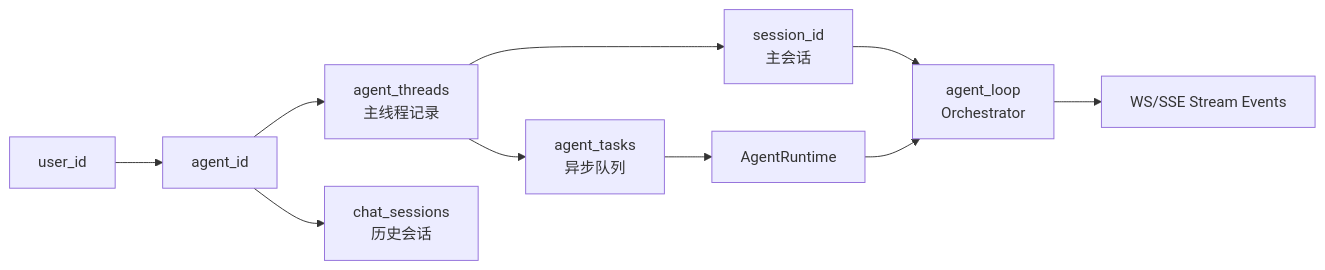
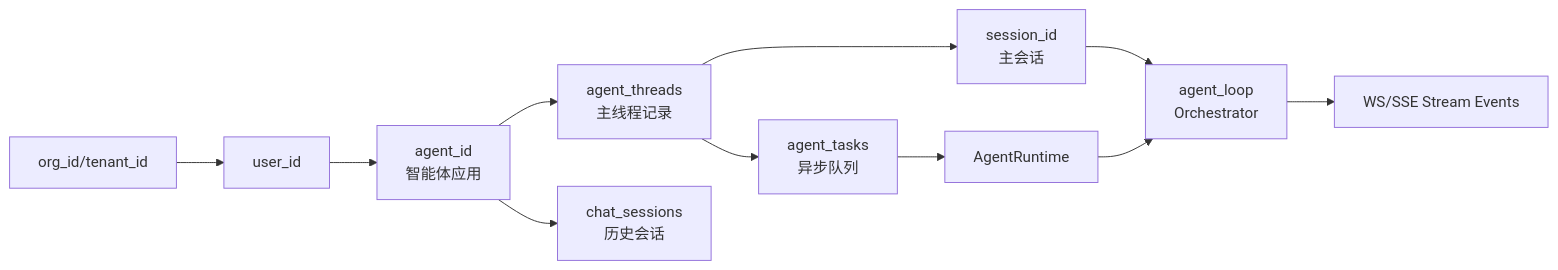
Before and after one commit to ylsdamxssjxxdd/wunder: the third of 5 diagrams in docs/架构设计.md, drawn with Mermaid. The commit also changed other lines of this file and 31 other files, not shown here.

````diff
--- a/docs/架构设计.md
+++ b/docs/架构设计.md
@@ -131,12 +142,13 @@
 ```mermaid
 flowchart LR
-  U[user_id] --> A[agent_id]
+  O[org_id/tenant_id] --> U[user_id]
+  U --> A[agent_id<br/>智能体应用]
   A --> T[agent_threads<br/>主线程记录]
   T --> S[session_id<br/>主会话]
   A --> H[chat_sessions<br/>历史会话]
   S --> L[agent_loop<br/>Orchestrator]
   L --> E[WS/SSE Stream Events]
   T --> Q[agent_tasks<br/>异步队列]
   Q --> R[AgentRuntime]
   R --> L
 ```
````
